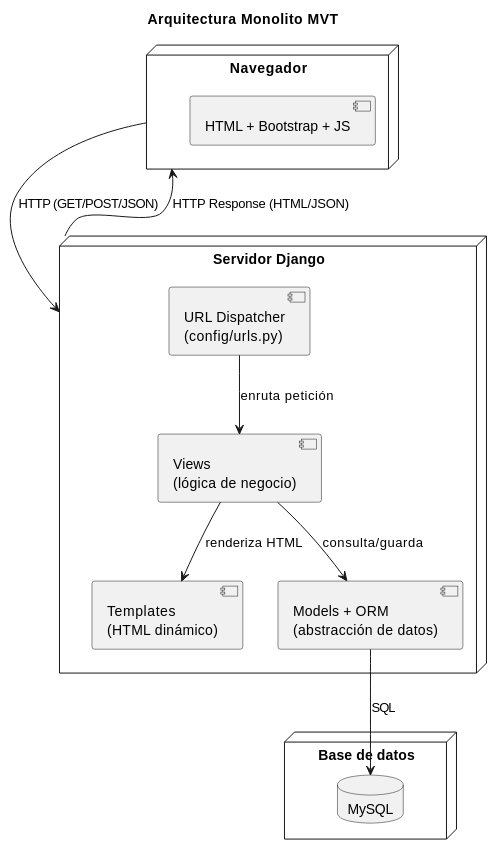
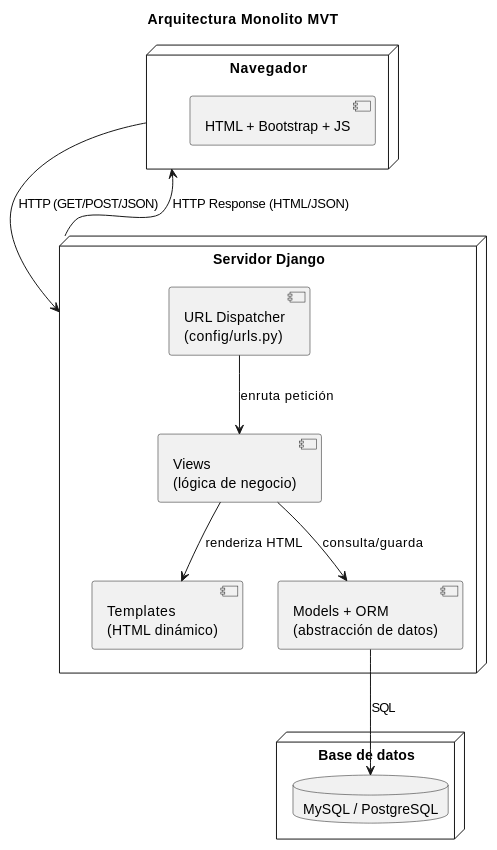
The first of 4 diagrams in docs/guia-laboratorio-03.md (jleonc32/POO-4TO-CURSO-DJANGO-POSTGRES-2), drawn with PlantUML before and after one commit. The commit also changed 17 other files, not shown here.

````diff
--- a/docs/guia-laboratorio-03.md
+++ b/docs/guia-laboratorio-03.md
@@ -37,27 +37,27 @@
 ```plantuml
 @startuml 03-despliegue
 title Arquitectura Monolito MVT
 
 node "Navegador" as Browser {
   component "HTML + Bootstrap + JS" as Frontend
 }
 
 node "Servidor Django" as Server {
   component "URL Dispatcher\n(config/urls.py)" as URLs
   component "Views\n(lógica de negocio)" as Views
   component "Templates\n(HTML dinámico)" as Templates
   component "Models + ORM\n(abstracción de datos)" as Models
 }
 
-node "Base de datos" as DB {
-  database "MySQL" as MySQL
+node "Base de datos" as DBNode {
+  database "MySQL / PostgreSQL" as DB
 }
 
 Browser --> Server : HTTP (GET/POST/JSON)
 Server --> Browser : HTTP Response (HTML/JSON)
 URLs --> Views : enruta petición
 Views --> Models : consulta/guarda
 Views --> Templates : renderiza HTML
-Models --> MySQL : SQL
+Models --> DB : SQL
 @enduml
 ```
````
